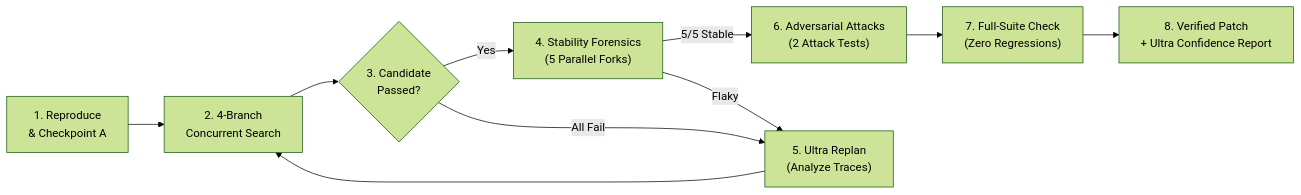
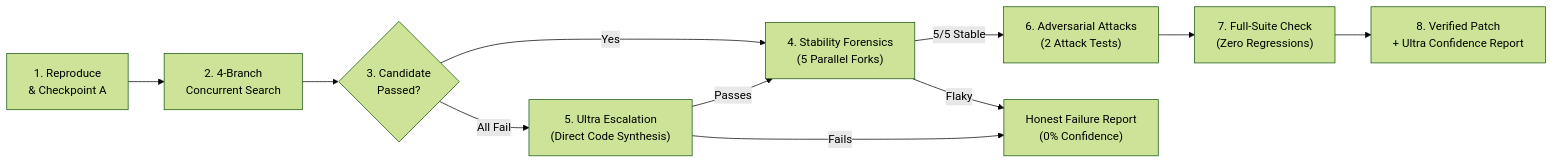
The first of 2 diagrams in README.md (Aman-art1/PatchTree), drawn with Mermaid (forest theme) before and after one commit. The commit also changed other lines of this file and 10 other files, not shown here.

First line of the commit message:
feat(orchestrator): direct Nemotron Ultra patch synthesis on 4-branch failure

````diff
--- a/README.md
+++ b/README.md
@@ -43,12 +43,13 @@
 ```mermaid
 flowchart LR
     A["1. Reproduce<br/>& Checkpoint A"] --> B["2. 4-Branch<br/>Concurrent Search"]
     B --> C{"3. Candidate<br/>Passed?"}
     C -->|Yes| D["4. Stability Forensics<br/>(5 Parallel Forks)"]
-    C -->|All Fail| E["5. Ultra Replan<br/>(Analyze Traces)"]
-    E --> B
+    C -->|All Fail| E["5. Ultra Escalation<br/>(Direct Code Synthesis)"]
+    E -->|Passes| D
+    E -->|Fails| J["Honest Failure Report<br/>(0% Confidence)"]
     D -->|5/5 Stable| G["6. Adversarial Attacks<br/>(2 Attack Tests)"]
-    D -->|Flaky| E
+    D -->|Flaky| J
     G --> H["7. Full-Suite Check<br/>(Zero Regressions)"]
     H --> I["8. Verified Patch<br/>+ Ultra Confidence Report"]
 ```
````
